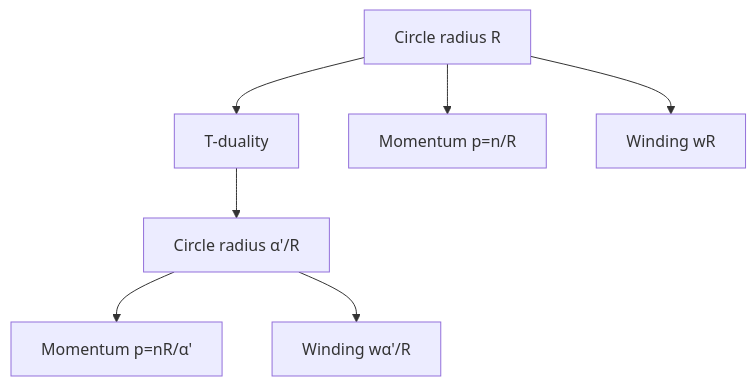
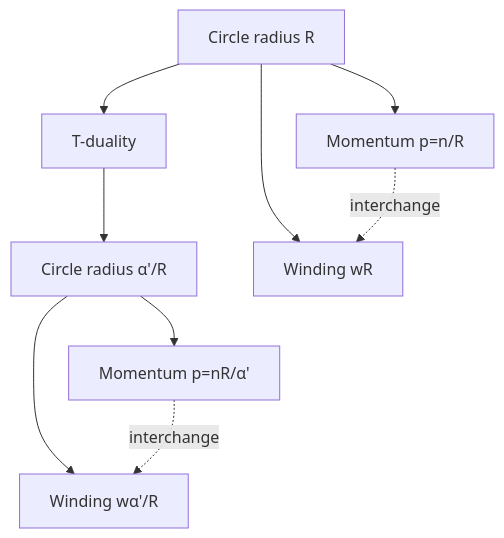
One commit to yip-lgtm/PhysicsSelfStudy changed the fourth of 5 diagrams in 03_MSc_Physics/electives/MSPY_6310_Superstring_Theory/README.md. Above: the diagram before and after it, drawn with Mermaid. The commit also changed other lines of this file and 17 other files, not shown here.

````diff
--- a/03_MSc_Physics/electives/MSPY_6310_Superstring_Theory/README.md
+++ b/03_MSc_Physics/electives/MSPY_6310_Superstring_Theory/README.md
@@ -284,9 +449,11 @@
 ```mermaid
 graph TD
     A[Circle radius R] --> B[T-duality]
     B --> C[Circle radius α'/R]
     A --> D[Momentum p=n/R]
     C --> E[Momentum p=nR/α']
     A --> F[Winding wR]
     C --> G[Winding wα'/R]
+    D -.->|interchange| F
+    E -.->|interchange| G
 ```
````
